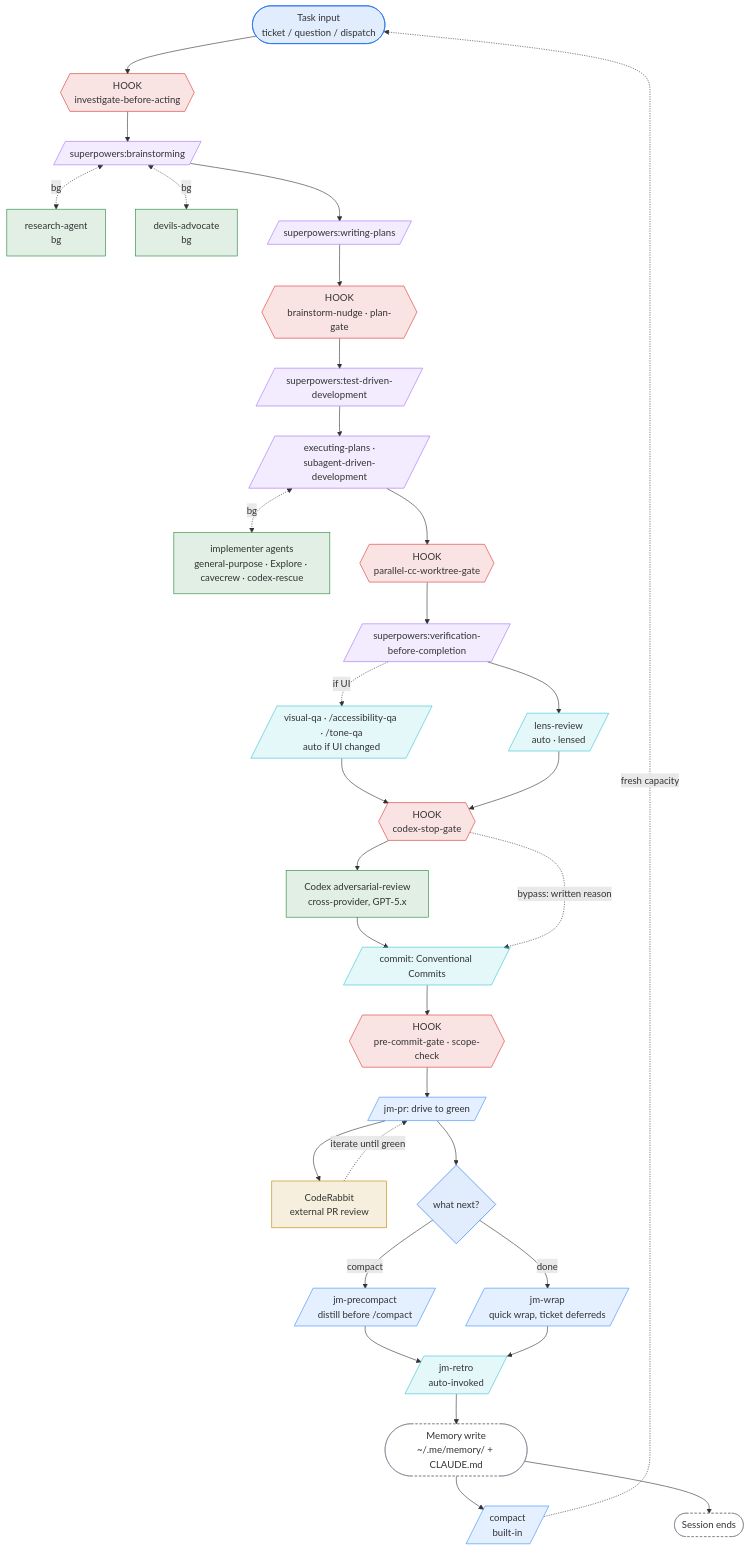
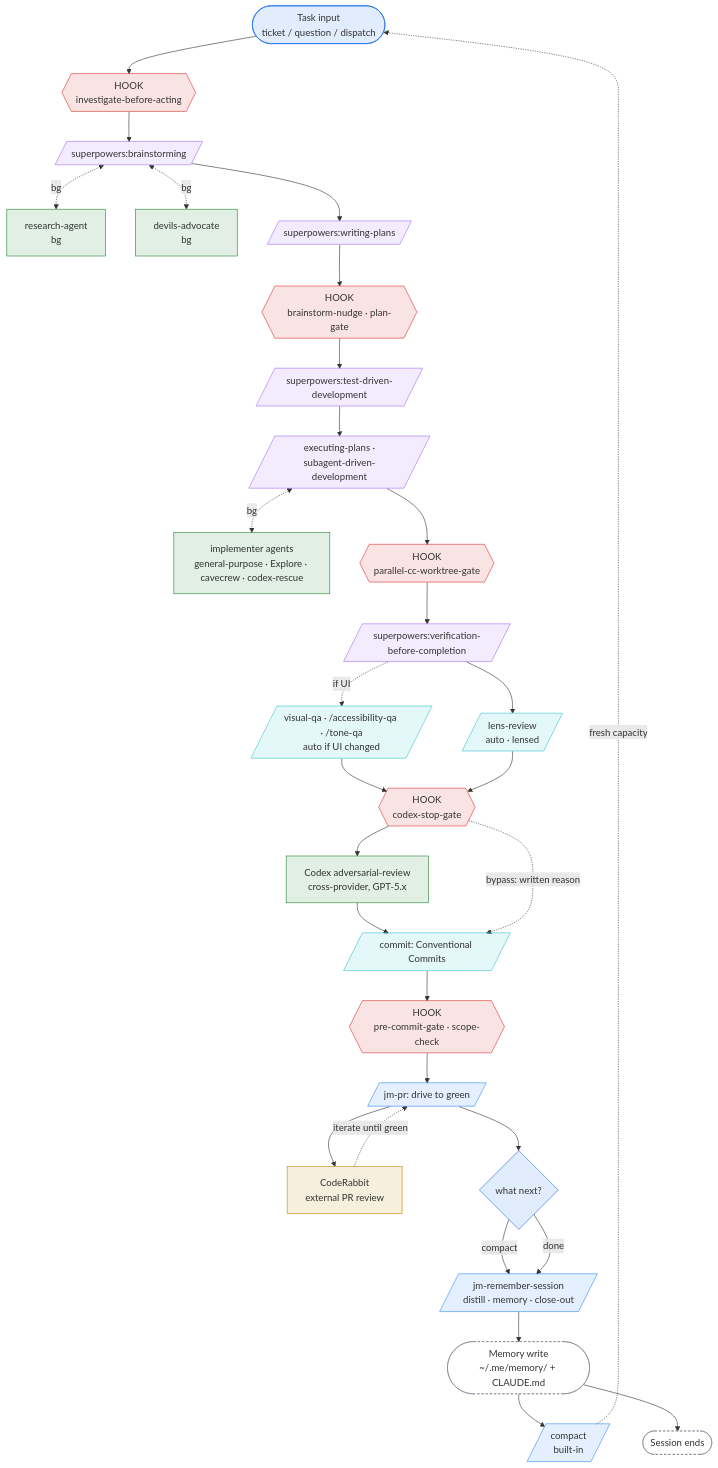
The diagram in README.md (thebestmensch/claude-code-multimodel-workflow), drawn with Mermaid before and after one commit. The commit also changed other lines of this file and 9 other files, not shown here.

First line of the commit message:
refactor(commands): merge jm-retro+jm-wrap+jm-precompact → jm-remember-session (JM-736) (#24)

````diff
--- a/README.md
+++ b/README.md
@@ -11,59 +11,57 @@
 ```mermaid
 flowchart TD
     Intake([Task input<br/>ticket / question / dispatch]):::start
     GateInvestigate{{HOOK<br/>investigate-before-acting}}:::hook
     Brainstorm[/superpowers:brainstorming/]:::skill
     Research[research-agent<br/>bg]:::agent
     Devils[devils-advocate<br/>bg]:::agent
     WritingPlans[/superpowers:writing-plans/]:::skill
     GatePlan{{HOOK<br/>brainstorm-nudge · plan-gate}}:::hook
     TDD[/superpowers:test-driven-development/]:::skill
     SDD[/executing-plans ·<br/>subagent-driven-development/]:::skill
     Implementers[implementer agents<br/>general-purpose · Explore · cavecrew · codex-rescue]:::agent
     GateWorktree{{HOOK<br/>parallel-cc-worktree-gate}}:::hook
     Verify[/superpowers:verification-before-completion/]:::skill
     CodeReview[/lens-review<br/>auto · lensed/]:::autocmd
     UiQA[/visual-qa · /accessibility-qa · /tone-qa<br/>auto if UI changed/]:::autocmd
     GateCodex{{HOOK<br/>codex-stop-gate}}:::hook
     Codex[Codex adversarial-review<br/>cross-provider, GPT-5.x]:::agent
     Commit[/commit: Conventional Commits/]:::autocmd
     GateCommit{{HOOK<br/>pre-commit-gate · scope-check}}:::hook
     PR[/jm-pr: drive to green/]:::cmd
     CR[CodeRabbit<br/>external PR review]:::ext
     Decision{what next?}:::start
-    Precompact[/jm-precompact<br/>distill before /compact/]:::cmd
-    Wrap[/jm-wrap<br/>quick wrap, ticket deferreds/]:::cmd
-    Retro[/jm-retro<br/>auto-invoked/]:::autocmd
+    Remember[/jm-remember-session<br/>distill · memory · close-out/]:::cmd
     Memory([Memory write<br/>~/.me/memory/ + CLAUDE.md]):::terminus
     Compact[/compact<br/>built-in/]:::cmd
     EndNode([Session ends]):::terminus
 
     Intake --> GateInvestigate --> Brainstorm
     Brainstorm <-.bg.-> Research
     Brainstorm <-.bg.-> Devils
     Brainstorm --> WritingPlans --> GatePlan --> TDD --> SDD
     SDD <-.bg.-> Implementers
     SDD --> GateWorktree --> Verify --> CodeReview
     Verify -.if UI.-> UiQA --> GateCodex
     CodeReview --> GateCodex --> Codex --> Commit
     GateCodex -.bypass: written reason.-> Commit
     Commit --> GateCommit --> PR
     PR --> CR
     CR -.iterate until green.-> PR
     PR --> Decision
-    Decision -- compact --> Precompact --> Retro
-    Decision -- done --> Wrap --> Retro
-    Retro --> Memory
+    Decision -- compact --> Remember
+    Decision -- done --> Remember
+    Remember --> Memory
     Memory --> Compact
     Memory --> EndNode
     Compact -.fresh capacity.-> Intake
 
     classDef start fill:#1f6feb22,stroke:#1f6feb
     classDef terminus fill:transparent,stroke:#6e7681,stroke-dasharray:4 3
     classDef skill fill:#a371f722,stroke:#a371f7
     classDef cmd fill:#388bfd22,stroke:#388bfd
     classDef autocmd fill:#39c5d422,stroke:#39c5d4
     classDef agent fill:#23863622,stroke:#238636
     classDef ext fill:#bf870022,stroke:#bf8700
     classDef hook fill:#da363322,stroke:#da3633
 ```
````
